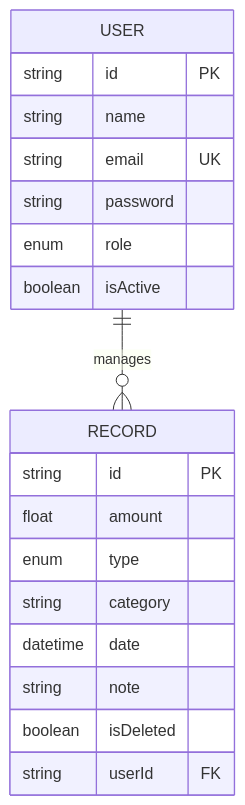
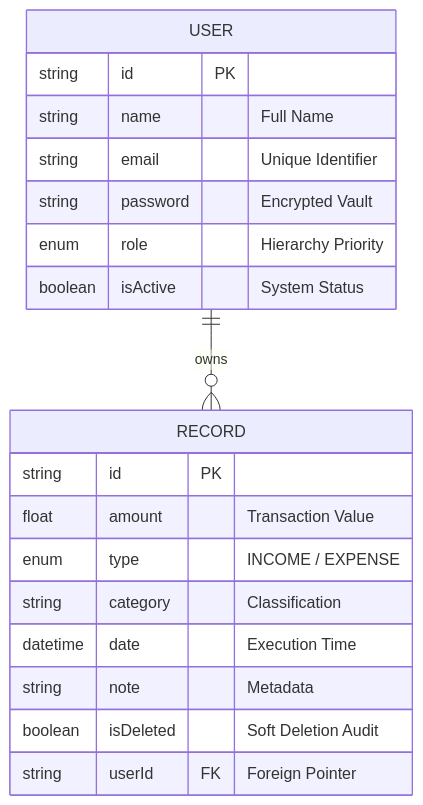
Before and after one commit to Tanmay24-ya/FinDash: the second of 2 diagrams in backend/README.md, drawn with Mermaid. The commit also changed other lines of this file and 3 other files, not shown here.

````diff
--- a/backend/README.md
+++ b/backend/README.md
@@ -100,22 +81,22 @@
 ```mermaid
 erDiagram
-    USER ||--o{ RECORD : manages
+    USER ||--o{ RECORD : owns
     USER {
         string id PK
-        string name
-        string email UK
-        string password
-        enum role
-        boolean isActive
+        string name "Full Name"
+        string email "Unique Identifier"
+        string password "Encrypted Vault"
+        enum role "Hierarchy Priority"
+        boolean isActive "System Status"
     }
     RECORD {
         string id PK
-        float amount
-        enum type
-        string category
-        datetime date
-        string note
-        boolean isDeleted
-        string userId FK
+        float amount "Transaction Value"
+        enum type "INCOME / EXPENSE"
+        string category "Classification"
+        datetime date "Execution Time"
+        string note "Metadata"
+        boolean isDeleted "Soft Deletion Audit"
+        string userId FK "Foreign Pointer"
     }
 ```
````
